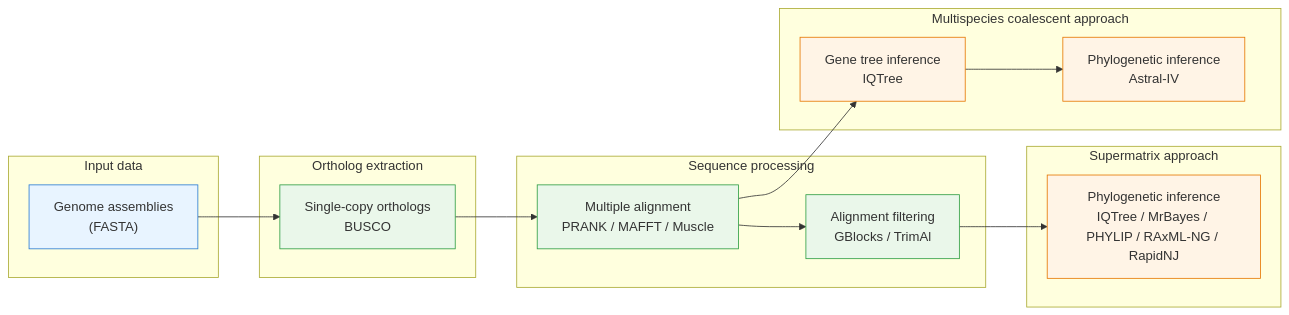
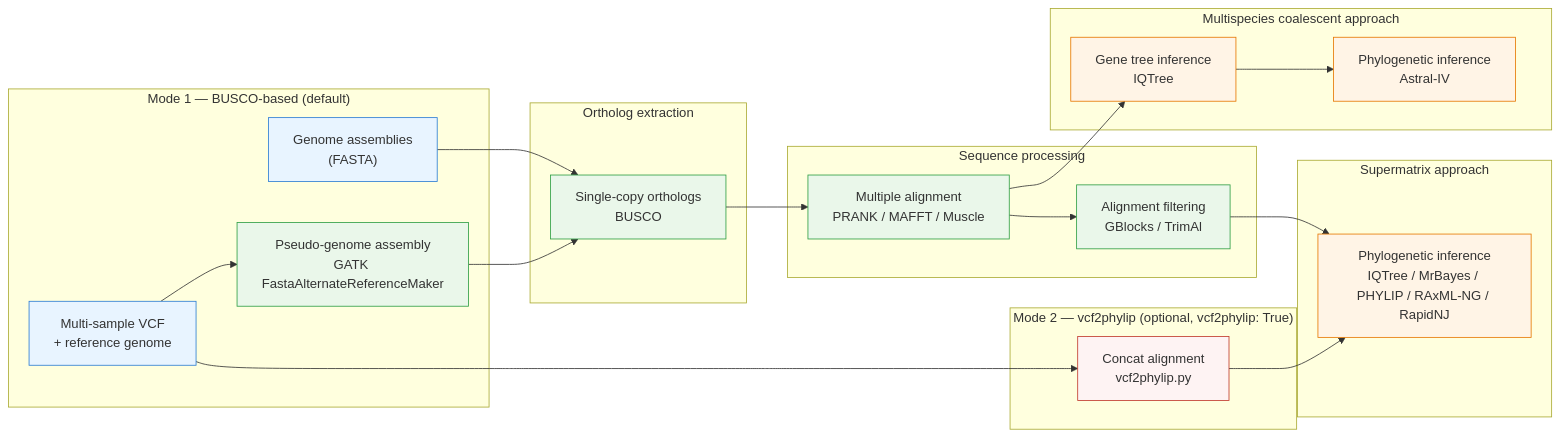
Before and after one commit to tomarovsky/BuscoClade: the diagram in README.md, drawn with Mermaid. The commit also changed other lines of this file, not shown here.

````diff
--- a/README.md
+++ b/README.md
@@ -10,52 +10,62 @@
 ```mermaid
 flowchart LR
 
+%% ----- MODE 1 INPUT -----
+subgraph INPUT["Mode 1 — BUSCO-based (default)"]
+A["Genome assemblies<br/>(FASTA)"]
+V["Multi-sample VCF<br/>+ reference genome"]
+V1["Pseudo-genome assembly<br/>GATK FastaAlternateReferenceMaker"]
+end
 
 %% ----- BUSCO -----
 subgraph BUSCO["Ortholog extraction"]
 B["Single-copy orthologs<br/>BUSCO"]
 end
 
 %% ----- PREPROCESSING -----
 subgraph PREP["Sequence processing"]
 C["Multiple alignment<br/>PRANK / MAFFT / Muscle"]
 D["Alignment filtering<br/>GBlocks / TrimAl"]
 end
 
 %% ----- TREE APPROACH -----
 subgraph TREE["Multispecies coalescent approach"]
 E["Gene tree inference<br/>IQTree"]
 H["Phylogenetic inference<br/>Astral-IV"]
 end
 
 %% ----- CONCAT -----
 subgraph CONCAT["Supermatrix approach"]
 F["Phylogenetic inference<br/>IQTree / MrBayes / PHYLIP / RAxML-NG / RapidNJ"]
 end
 
-%% ----- EDGES -----
+%% ----- MODE 2 -----
+subgraph VCF2PHYLIP["Mode 2 — vcf2phylip (optional, vcf2phylip: True)"]
+V2["Concat alignment<br/>vcf2phylip.py"]
+end
+
+%% ----- EDGES: MODE 1 -----
 A --> B
+V --> V1
+V1 --> B
 B --> C
 C --> D
-
 C --> E
 E --> H
-
 D --> F
 
+%% ----- EDGES: MODE 2 -----
+V --> V2
+V2 --> F
 
 %% ----- STYLE -----
 classDef input fill:#e8f4ff,stroke:#2b7cd3,stroke-width:1px
 classDef process fill:#eaf7ea,stroke:#2f9e44,stroke-width:1px
 classDef phylo fill:#fff4e6,stroke:#e67700,stroke-width:1px
-classDef stats fill:#f3e8ff,stroke:#7b3fe4,stroke-width:1px
+classDef vcf fill:#fef3f3,stroke:#c0392b,stroke-width:1px
 
-class A input
-class B,C,D process
-class E,H,F,G phylo
-class S stats
-%% ----- INPUT -----
-subgraph INPUT["Input data"]
-A["Genome assemblies<br/>(FASTA)"]
-end
+class A,V input
+class V1,B,C,D process
+class E,H,F phylo
+class V2 vcf
 ```
````
